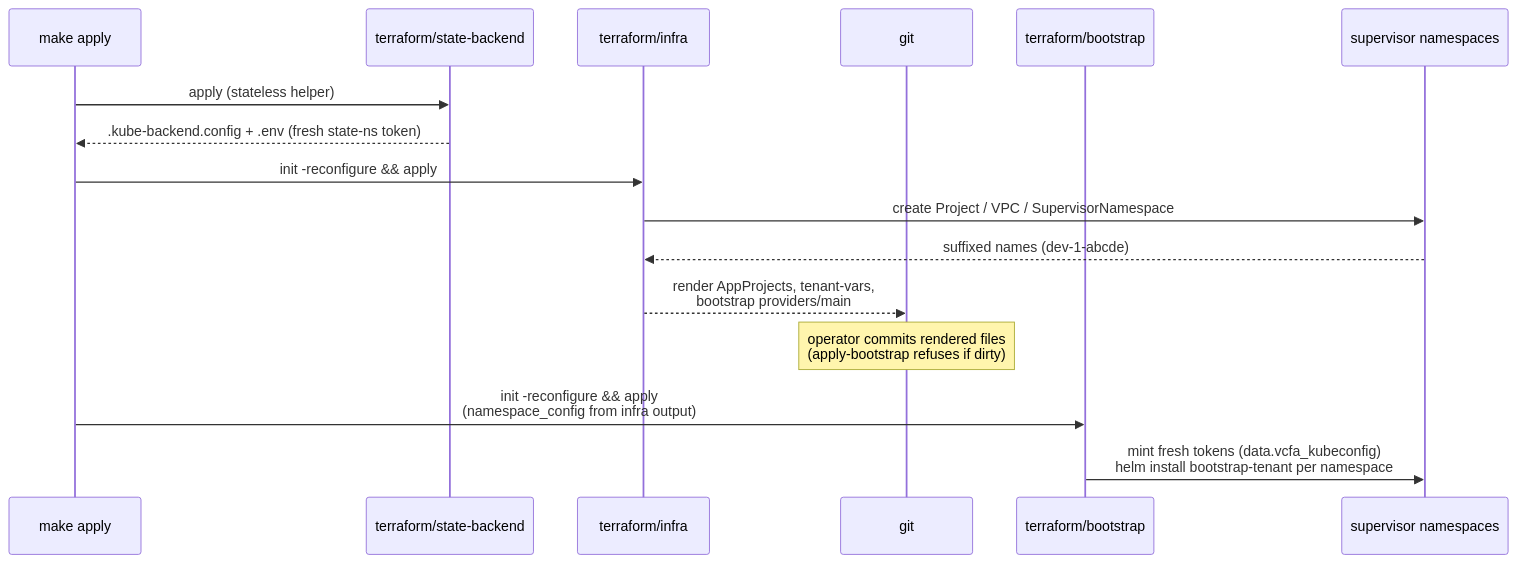
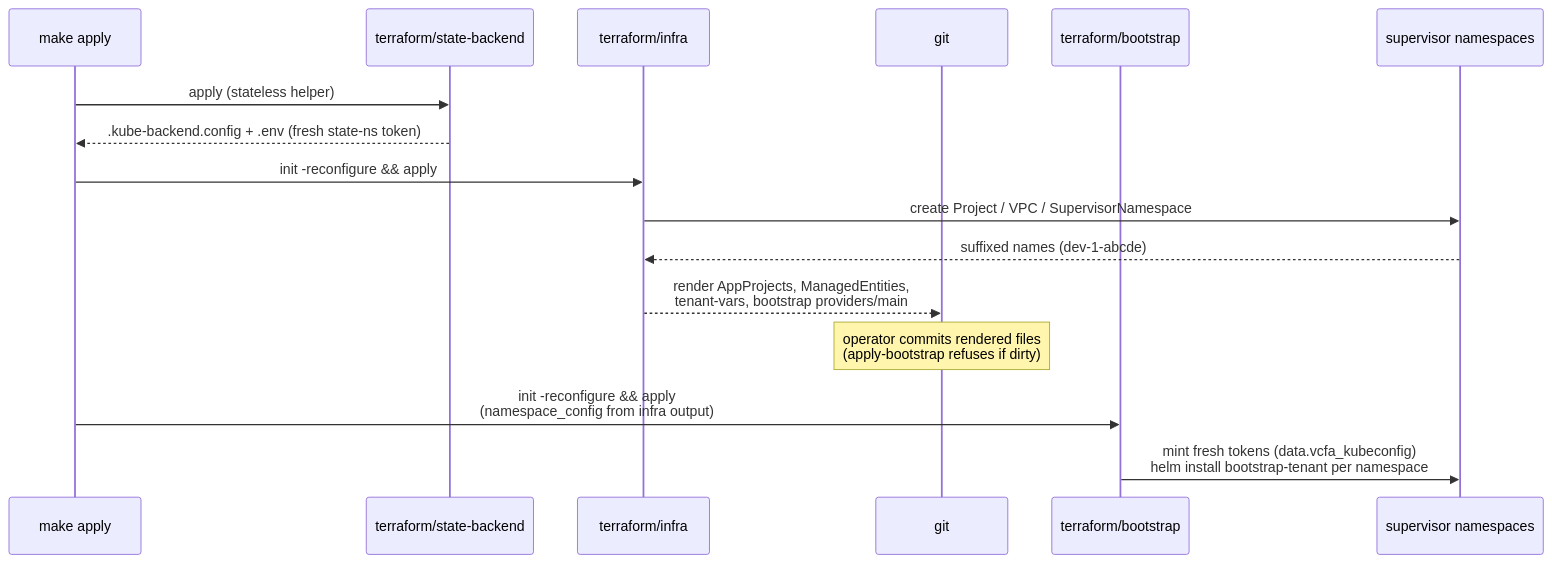
One commit to warroyo/argocd-scaffolding changed the second of 9 diagrams in docs/ARCHITECTURE.md. Above: the diagram before and after it, drawn with Mermaid. The commit also changed other lines of this file and 29 other files, not shown here.

````diff
--- a/docs/ARCHITECTURE.md
+++ b/docs/ARCHITECTURE.md
@@ -97,19 +99,19 @@
 ```mermaid
 sequenceDiagram
     participant M as make apply
     participant S as terraform/state-backend
     participant I as terraform/infra
     participant G as git
     participant B as terraform/bootstrap
     participant NS as supervisor namespaces
 
     M->>S: apply (stateless helper)
     S-->>M: .kube-backend.config + .env (fresh state-ns token)
     M->>I: init -reconfigure && apply
     I->>NS: create Project / VPC / SupervisorNamespace
     NS-->>I: suffixed names (dev-1-abcde)
-    I-->>G: render AppProjects, tenant-vars,<br/>bootstrap providers/main
+    I-->>G: render AppProjects, ManagedEntities,<br/>tenant-vars, bootstrap providers/main
     Note over G: operator commits rendered files<br/>(apply-bootstrap refuses if dirty)
     M->>B: init -reconfigure && apply<br/>(namespace_config from infra output)
     B->>NS: mint fresh tokens (data.vcfa_kubeconfig)<br/>helm install bootstrap-tenant per namespace
 ```
````
